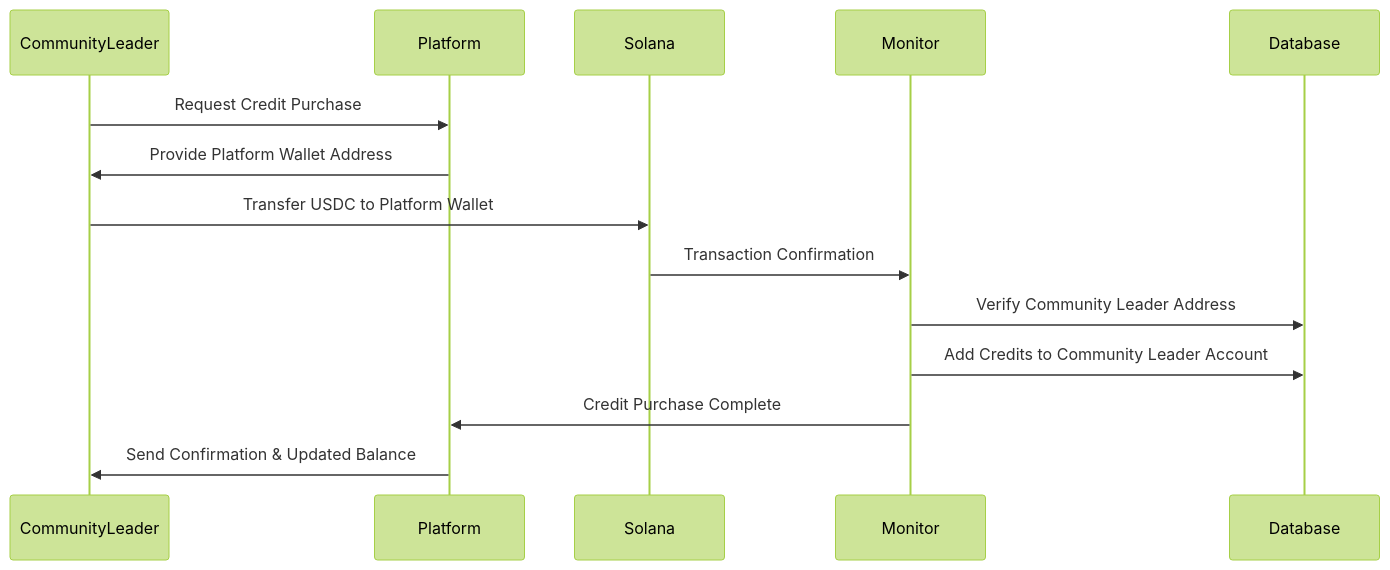
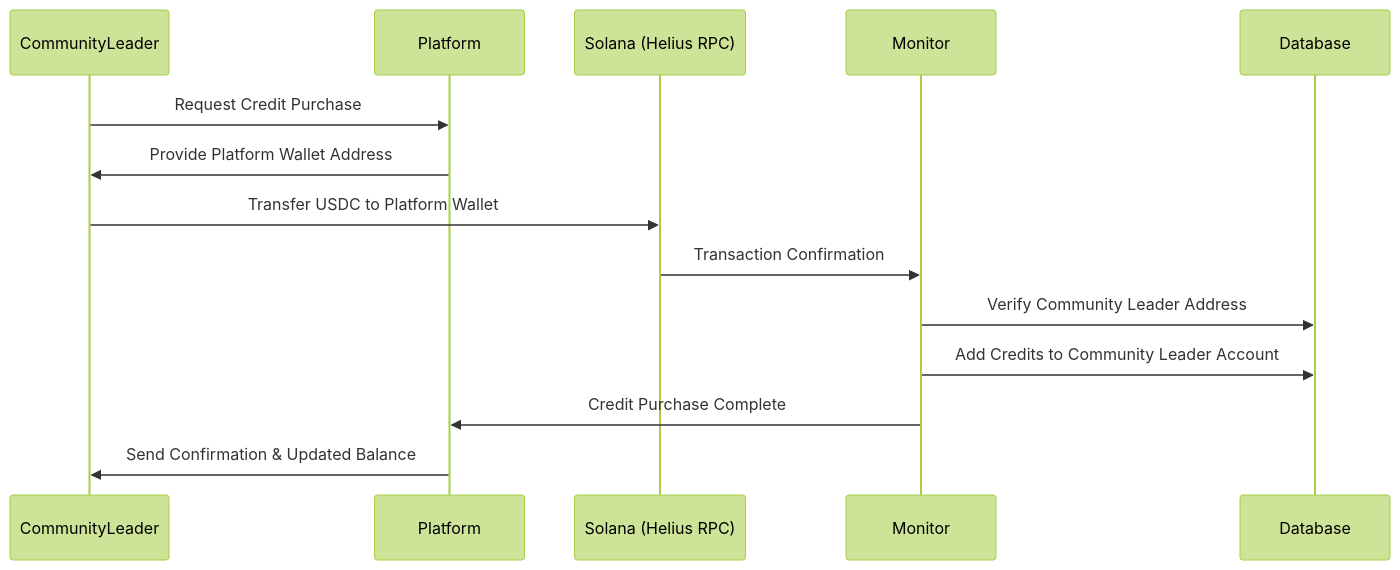
The first of 4 diagrams in technical/payment-architecture.md (ryanlhy/social-media-incentive-app), drawn with Mermaid (forest theme) before and after one commit. The commit also changed other lines of this file and 13 other files, not shown here.

````diff
--- a/technical/payment-architecture.md
+++ b/technical/payment-architecture.md
@@ -10,17 +10,17 @@
 ```mermaid
 sequenceDiagram
     participant CommunityLeader
     participant Platform
-    participant Solana
+    participant Solana (Helius RPC)
     participant Monitor
     participant Database
     
     CommunityLeader->>Platform: Request Credit Purchase
     Platform->>CommunityLeader: Provide Platform Wallet Address
-    CommunityLeader->>Solana: Transfer USDC to Platform Wallet
-    Solana->>Monitor: Transaction Confirmation
+    CommunityLeader->>Solana (Helius RPC): Transfer USDC to Platform Wallet
+    Solana (Helius RPC)->>Monitor: Transaction Confirmation
     Monitor->>Database: Verify Community Leader Address
     Monitor->>Database: Add Credits to Community Leader Account
     Monitor->>Platform: Credit Purchase Complete
     Platform->>CommunityLeader: Send Confirmation & Updated Balance
 ```
````
